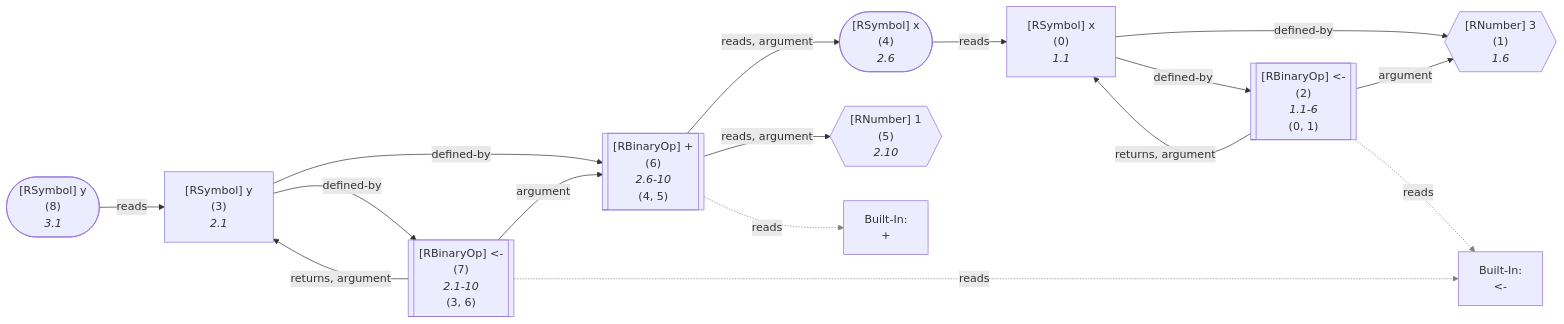
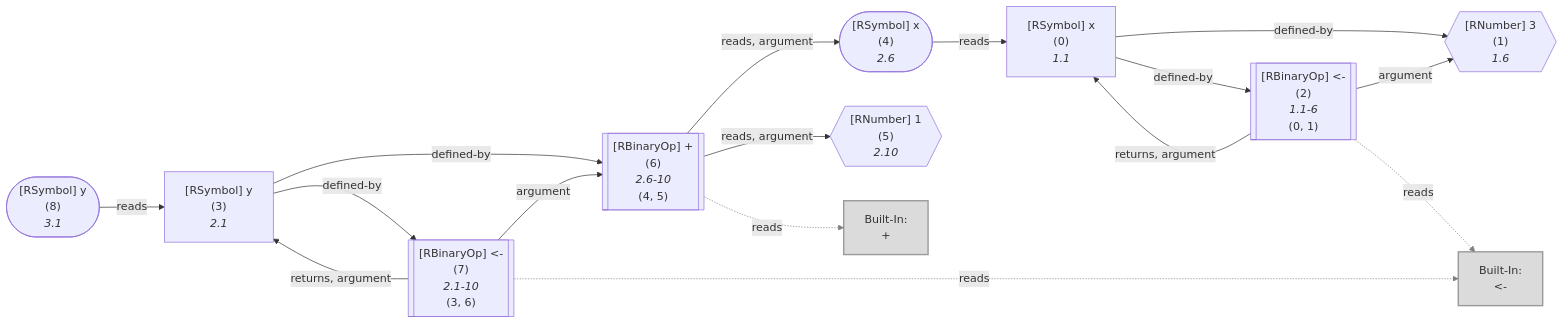
One commit to flowr-analysis/flowr changed the first of 48 diagrams in wiki/Dataflow Graph.md. Above: the diagram before and after it, drawn with Mermaid. The commit also changed other lines of this file and 4 other files, not shown here.

````diff
--- a/wiki/Dataflow Graph.md
+++ b/wiki/Dataflow Graph.md
@@ -22,55 +34,57 @@
 ```mermaid
 flowchart LR
     1{{"`#91;RNumber#93; 3
       (1)
       *1.6*`"}}
     0["`#91;RSymbol#93; x
       (0)
       *1.1*`"]
     2[["`#91;RBinaryOp#93; #60;#45;
       (2)
       *1.1-6*
     (0, 1)`"]]
     built-in:_-["`Built-In:
 #60;#45;`"]
+    style built-in:_- stroke:gray,fill:lightgray,stroke-width:2px,opacity:.8;
     4(["`#91;RSymbol#93; x
       (4)
       *2.6*`"])
     5{{"`#91;RNumber#93; 1
       (5)
       *2.10*`"}}
     6[["`#91;RBinaryOp#93; #43;
       (6)
       *2.6-10*
     (4, 5)`"]]
     built-in:_["`Built-In:
 #43;`"]
+    style built-in:_ stroke:gray,fill:lightgray,stroke-width:2px,opacity:.8;
     3["`#91;RSymbol#93; y
       (3)
       *2.1*`"]
     7[["`#91;RBinaryOp#93; #60;#45;
       (7)
       *2.1-10*
     (3, 6)`"]]
     8(["`#91;RSymbol#93; y
       (8)
       *3.1*`"])
     0 -->|"defined-by"| 1
     0 -->|"defined-by"| 2
     2 -->|"argument"| 1
     2 -->|"returns, argument"| 0
     2 -.->|"reads"| built-in:_-
     linkStyle 4 stroke:gray;
     4 -->|"reads"| 0
     6 -->|"reads, argument"| 4
     6 -->|"reads, argument"| 5
     6 -.->|"reads"| built-in:_
     linkStyle 8 stroke:gray;
     3 -->|"defined-by"| 6
     3 -->|"defined-by"| 7
     7 -->|"argument"| 6
     7 -->|"returns, argument"| 3
     7 -.->|"reads"| built-in:_-
     linkStyle 13 stroke:gray;
     8 -->|"reads"| 3
 ```
````
